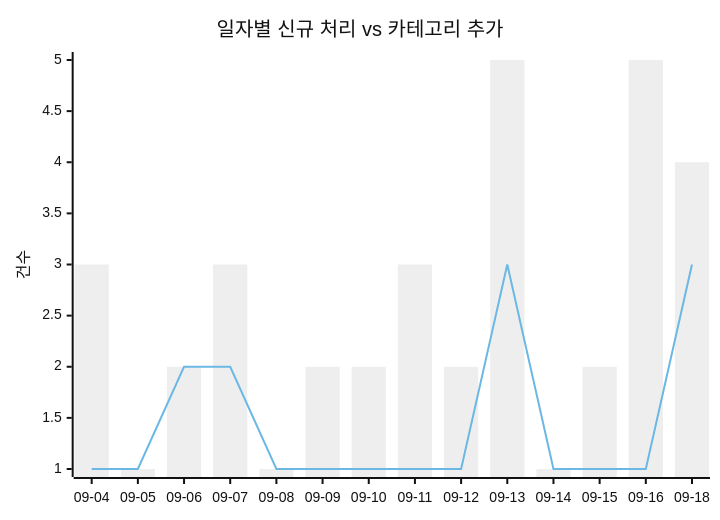
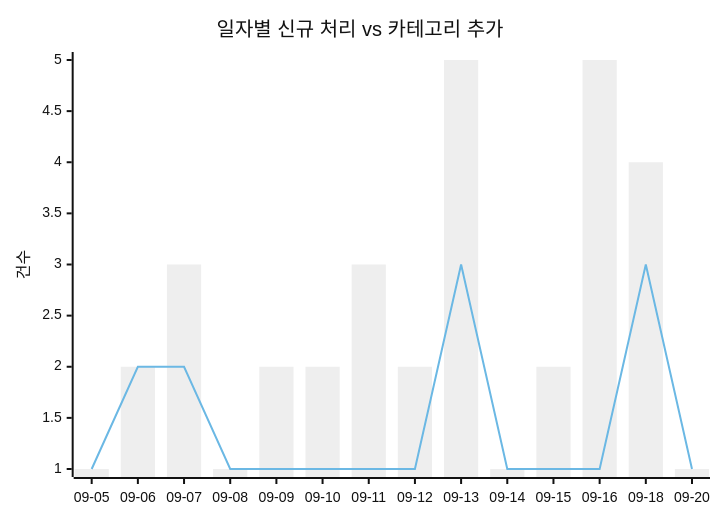
The first of 2 diagrams in docs/trends.md (J-nowcow/awesome-korean-agent-skills), drawn with Mermaid (neutral theme) before and after one commit. The commit also changed other lines of this file and 3 other files, not shown here.

````diff
--- a/docs/trends.md
+++ b/docs/trends.md
@@ -32,8 +32,8 @@
 ```mermaid
 xychart-beta
     title "일자별 신규 처리 vs 카테고리 추가"
-    x-axis ["09-04","09-05","09-06","09-07","09-08","09-09","09-10","09-11","09-12","09-13","09-14","09-15","09-16","09-18"]
+    x-axis ["09-05","09-06","09-07","09-08","09-09","09-10","09-11","09-12","09-13","09-14","09-15","09-16","09-18","09-20"]
     y-axis "건수"
-    bar [3,1,2,3,1,2,2,3,2,5,1,2,5,4]
-    line [1,1,2,2,1,1,1,1,1,3,1,1,1,3]
+    bar [1,2,3,1,2,2,3,2,5,1,2,5,4,1]
+    line [1,2,2,1,1,1,1,1,3,1,1,1,3,1]
 ```
````
